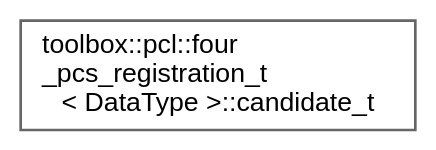
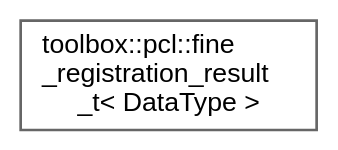
The diagram in inherit_graph_121.dot (nerdneilsfield/cpp-toolbox), drawn with Graphviz before and after one commit. The commit also changed 282 other files, not shown here.

```diff
--- a/inherit_graph_121.dot
+++ b/inherit_graph_121.dot
@@ -1,9 +1,9 @@
 digraph "Graphical Class Hierarchy"
 {
  // LATEX_PDF_SIZE
   bgcolor="transparent";
   edge [fontname=Helvetica,fontsize=10,labelfontname=Helvetica,labelfontsize=10];
   node [fontname=Helvetica,fontsize=10,shape=box,height=0.2,width=0.4];
   rankdir="LR";
-  Node0 [id="Node000000",label="toolbox::pcl::four\l_pcs_registration_t\l\< DataType \>::candidate_t",height=0.2,width=0.4,color="grey40", fillcolor="white", style="filled",URL="$structtoolbox_1_1pcl_1_1four__pcs__registration__t_1_1candidate__t.html",tooltip="候选匹配结构 / Candidate match structure"];
+  Node0 [id="Node000000",label="toolbox::pcl::fine\l_registration_result\l_t\< DataType \>",height=0.2,width=0.4,color="grey40", fillcolor="white", style="filled",URL="$structtoolbox_1_1pcl_1_1fine__registration__result__t.html",tooltip="细配准结果 / Fine registration result"];
 }
```
